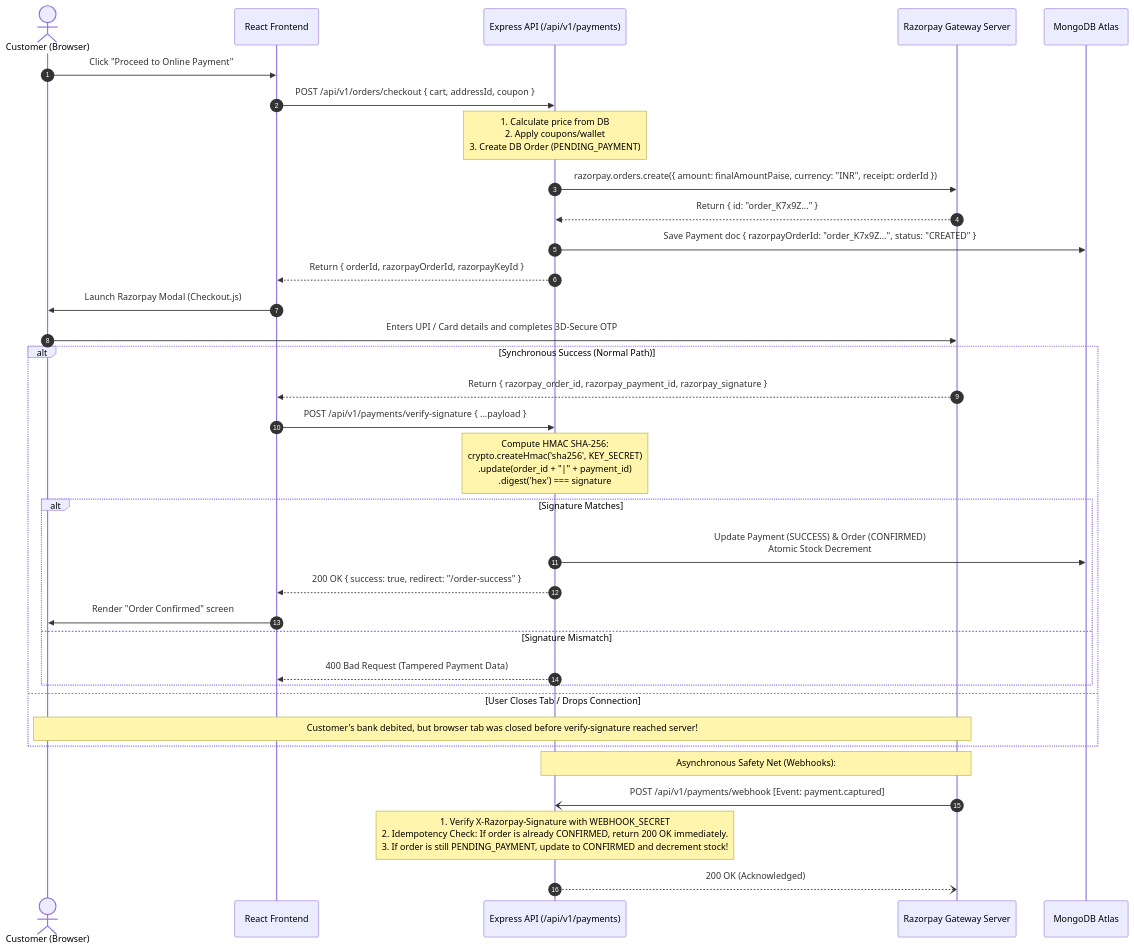
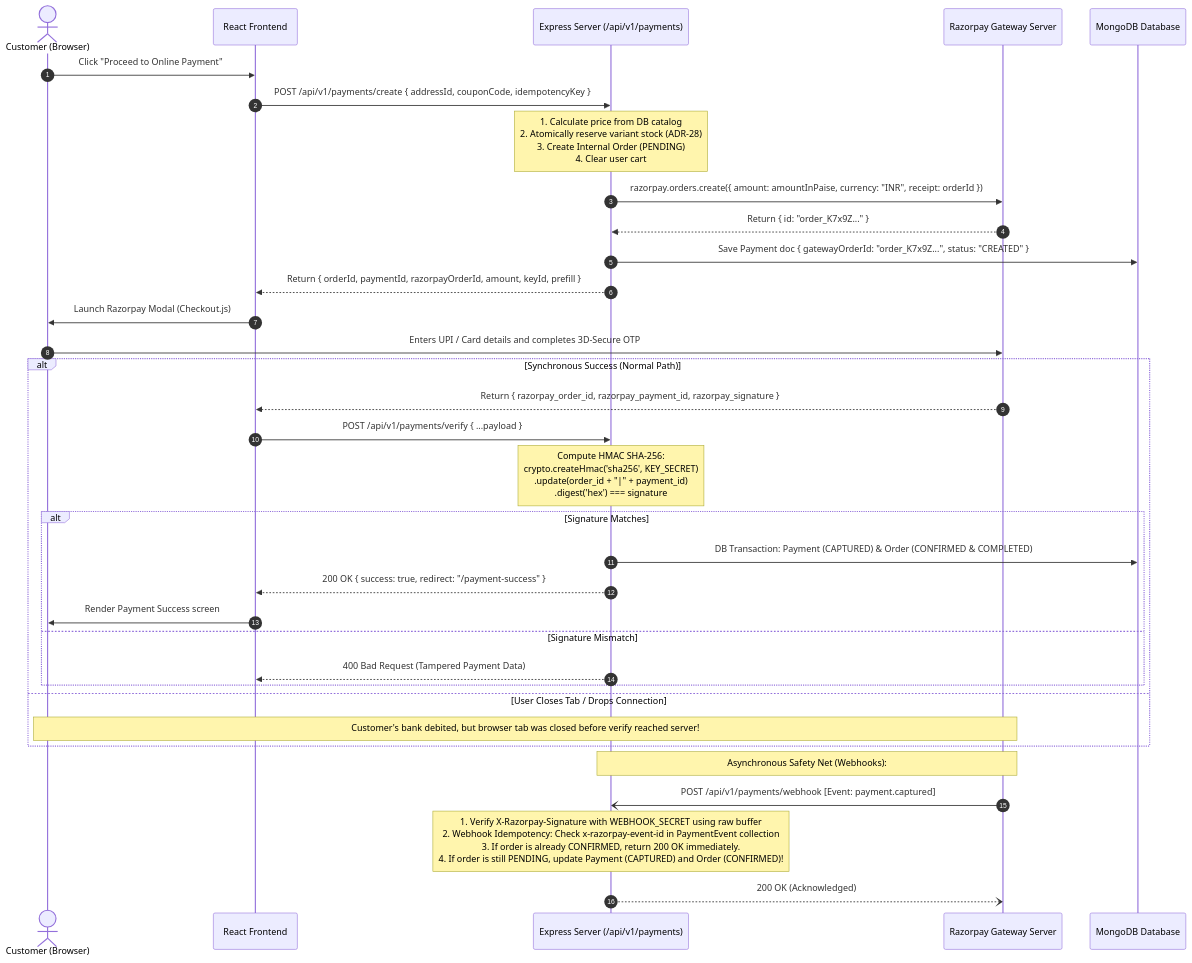
The first of 4 diagrams in docs/13-payment-flow.md (vinesmohammed-dotcom/aurora---ecommerce), drawn with Mermaid before and after one commit. The commit also changed other lines of this file and 106 other files, not shown here.

````diff
--- a/docs/13-payment-flow.md
+++ b/docs/13-payment-flow.md
@@ -17,40 +18,40 @@
 ```mermaid
 sequenceDiagram
     autonumber
     actor Customer as Customer (Browser)
     participant React as React Frontend
-    participant Server as Express API (/api/v1/payments)
+    participant Server as Express Server (/api/v1/payments)
     participant Razorpay as Razorpay Gateway Server
-    participant DB as MongoDB Atlas
+    participant DB as MongoDB Database
 
     Customer->>React: Click "Proceed to Online Payment"
-    React->>Server: POST /api/v1/orders/checkout { cart, addressId, coupon }
-    Note over Server: 1. Calculate price from DB<br/>2. Apply coupons/wallet<br/>3. Create DB Order (PENDING_PAYMENT)
-    Server->>Razorpay: razorpay.orders.create({ amount: finalAmountPaise, currency: "INR", receipt: orderId })
+    React->>Server: POST /api/v1/payments/create { addressId, couponCode, idempotencyKey }
+    Note over Server: 1. Calculate price from DB catalog<br/>2. Atomically reserve variant stock (ADR-28)<br/>3. Create Internal Order (PENDING)<br/>4. Clear user cart
+    Server->>Razorpay: razorpay.orders.create({ amount: amountInPaise, currency: "INR", receipt: orderId })
     Razorpay-->>Server: Return { id: "order_K7x9Z..." }
-    Server->>DB: Save Payment doc { razorpayOrderId: "order_K7x9Z...", status: "CREATED" }
-    Server-->>React: Return { orderId, razorpayOrderId, razorpayKeyId }
+    Server->>DB: Save Payment doc { gatewayOrderId: "order_K7x9Z...", status: "CREATED" }
+    Server-->>React: Return { orderId, paymentId, razorpayOrderId, amount, keyId, prefill }
 
     React->>Customer: Launch Razorpay Modal (Checkout.js)
     Customer->>Razorpay: Enters UPI / Card details and completes 3D-Secure OTP
     
     alt Synchronous Success (Normal Path)
         Razorpay-->>React: Return { razorpay_order_id, razorpay_payment_id, razorpay_signature }
-        React->>Server: POST /api/v1/payments/verify-signature { ...payload }
+        React->>Server: POST /api/v1/payments/verify { ...payload }
         Note over Server: Compute HMAC SHA-256:<br/>crypto.createHmac('sha256', KEY_SECRET)<br/>.update(order_id + "|" + payment_id)<br/>.digest('hex') === signature
         alt Signature Matches
-            Server->>DB: Update Payment (SUCCESS) & Order (CONFIRMED)<br/>Atomic Stock Decrement
-            Server-->>React: 200 OK { success: true, redirect: "/order-success" }
-            React->>Customer: Render "Order Confirmed" screen
+            Server->>DB: DB Transaction: Payment (CAPTURED) & Order (CONFIRMED & COMPLETED)
+            Server-->>React: 200 OK { success: true, redirect: "/payment-success" }
+            React->>Customer: Render Payment Success screen
         else Signature Mismatch
             Server-->>React: 400 Bad Request (Tampered Payment Data)
         end
     else User Closes Tab / Drops Connection
-        Note over Customer,Razorpay: Customer's bank debited, but browser tab was closed before verify-signature reached server!
+        Note over Customer,Razorpay: Customer's bank debited, but browser tab was closed before verify reached server!
     end
 
     Note over Razorpay,Server: Asynchronous Safety Net (Webhooks):
     Razorpay-)Server: POST /api/v1/payments/webhook [Event: payment.captured]
-    Note over Server: 1. Verify X-Razorpay-Signature with WEBHOOK_SECRET<br/>2. Idempotency Check: If order is already CONFIRMED, return 200 OK immediately.<br/>3. If order is still PENDING_PAYMENT, update to CONFIRMED and decrement stock!
+    Note over Server: 1. Verify X-Razorpay-Signature with WEBHOOK_SECRET using raw buffer<br/>2. Webhook Idempotency: Check x-razorpay-event-id in PaymentEvent collection<br/>3. If order is already CONFIRMED, return 200 OK immediately.<br/>4. If order is still PENDING, update Payment (CAPTURED) and Order (CONFIRMED)!
     Server--)Razorpay: 200 OK (Acknowledged)
 ```
````
